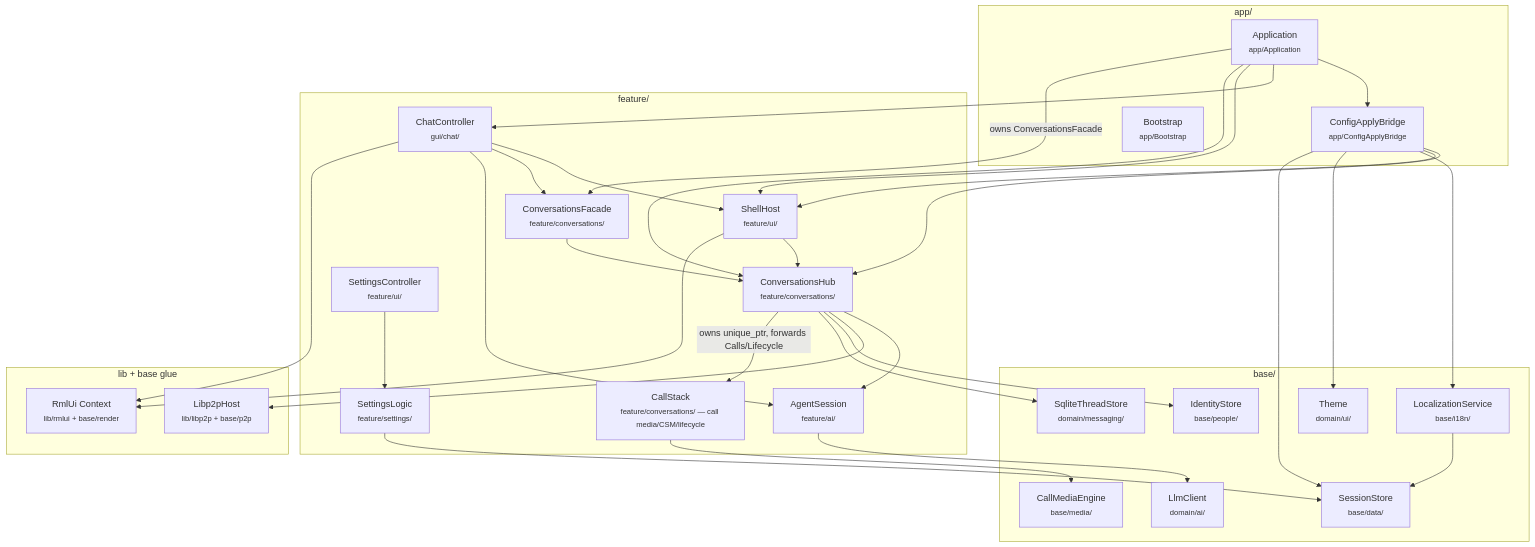
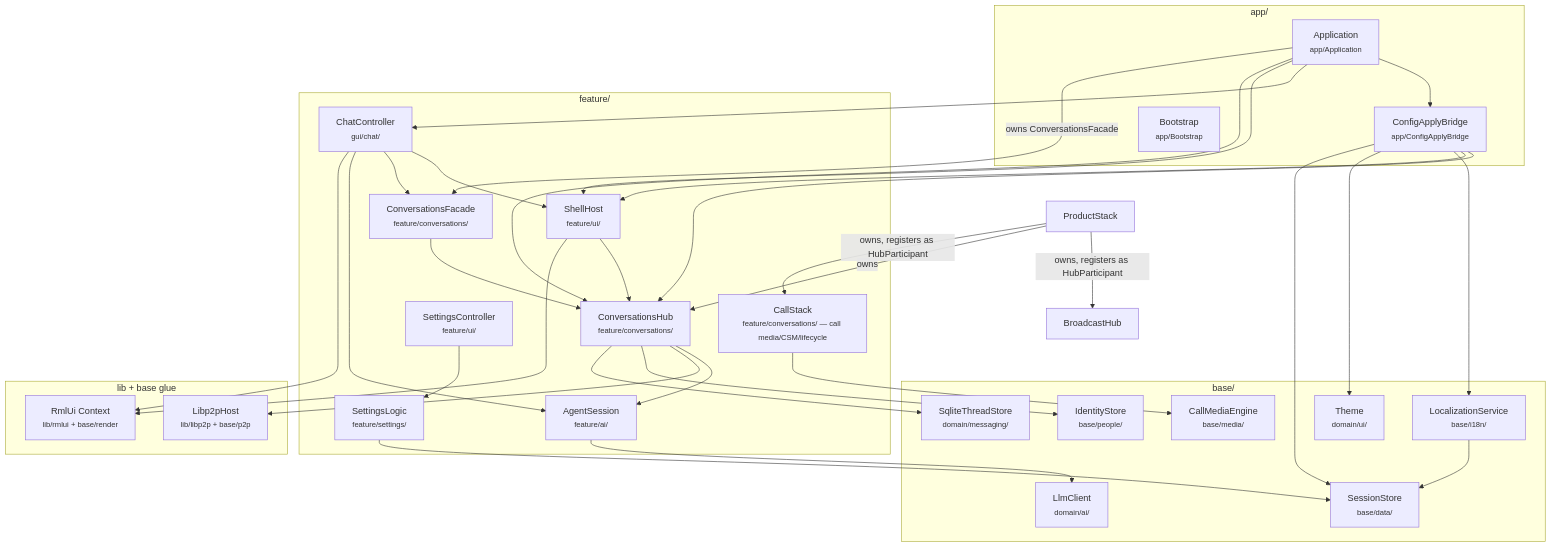
The first of 4 diagrams in docs/architecture/RUNTIME_COMPOSITION.md (people-post/pp-browser), drawn with Mermaid before and after one commit. The commit also changed other lines of this file and 62 other files, not shown here.

````diff
--- a/docs/architecture/RUNTIME_COMPOSITION.md
+++ b/docs/architecture/RUNTIME_COMPOSITION.md
@@ -18,63 +18,65 @@
 ```mermaid
 flowchart TB
   subgraph app_layer["app/"]
     Application["Application<br/><small>app/Application</small>"]
     ConfigApplyBridge["ConfigApplyBridge<br/><small>app/ConfigApplyBridge</small>"]
     Bootstrap["Bootstrap<br/><small>app/Bootstrap</small>"]
   end
 
   subgraph feature_layer["feature/"]
     SettingsLogic["SettingsLogic<br/><small>feature/settings/</small>"]
     AgentSession["AgentSession<br/><small>feature/ai/</small>"]
     ConversationsHub["ConversationsHub<br/><small>feature/conversations/</small>"]
     CallStack["CallStack<br/><small>feature/conversations/ — call media/CSM/lifecycle</small>"]
     ConversationsFacade["ConversationsFacade<br/><small>feature/conversations/</small>"]
     ShellHost["ShellHost<br/><small>feature/ui/</small>"]
     SettingsController["SettingsController<br/><small>feature/ui/</small>"]
     ChatController["ChatController<br/><small>gui/chat/</small>"]
   end
 
   subgraph base_layer["base/"]
     SessionStore["SessionStore<br/><small>base/data/</small>"]
     LocalizationService["LocalizationService<br/><small>base/i18n/</small>"]
     Theme["Theme<br/><small>domain/ui/</small>"]
     IdentityStore["IdentityStore<br/><small>base/people/</small>"]
     ThreadStore["SqliteThreadStore<br/><small>domain/messaging/</small>"]
     LlmClient["LlmClient<br/><small>domain/ai/</small>"]
     CallMediaEngine["CallMediaEngine<br/><small>base/media/</small>"]
   end
 
   subgraph libs["lib + base glue"]
     RmlUi["RmlUi Context<br/><small>lib/rmlui + base/render</small>"]
     Libp2p["Libp2pHost<br/><small>lib/libp2p + base/p2p</small>"]
   end
 
   Application --> ConfigApplyBridge
   Application --> ChatController
   Application --> ShellHost
   Application --> ConversationsHub
   Application -->|owns ConversationsFacade| ConversationsFacade
   ConversationsFacade --> ConversationsHub
   ConfigApplyBridge --> ConversationsHub
   ConfigApplyBridge --> ShellHost
   ConfigApplyBridge --> LocalizationService
   ConfigApplyBridge --> Theme
   ConfigApplyBridge --> SessionStore
 
   ChatController --> ShellHost
   ChatController --> ConversationsFacade
   ChatController --> AgentSession
   ShellHost --> ConversationsHub
   SettingsController --> SettingsLogic
   ConversationsHub --> AgentSession
   ConversationsHub --> Libp2p
   ConversationsHub --> IdentityStore
   ConversationsHub --> ThreadStore
-  ConversationsHub -->|owns unique_ptr, forwards Calls/Lifecycle| CallStack
+  ProductStack -->|owns| ConversationsHub
+  ProductStack -->|owns, registers as HubParticipant| CallStack
+  ProductStack -->|owns, registers as HubParticipant| BroadcastHub
   CallStack --> CallMediaEngine
   ShellHost --> RmlUi
   ChatController --> RmlUi
   SettingsLogic --> SessionStore
   AgentSession --> LlmClient
   LocalizationService --> SessionStore
 ```
````
